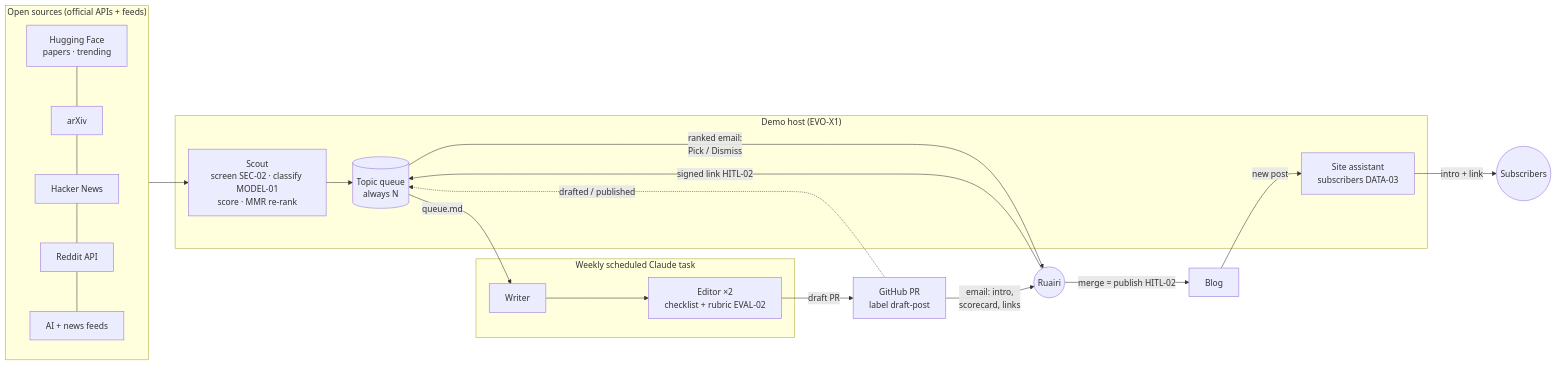
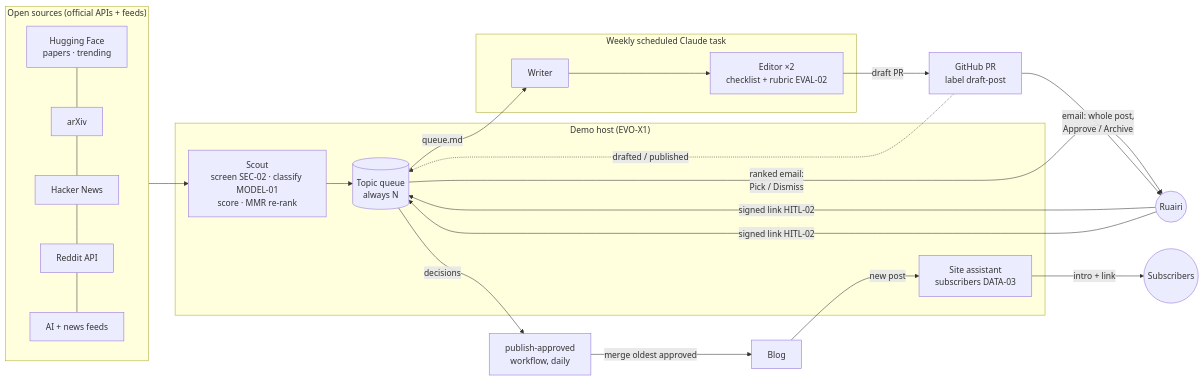
The first of 2 diagrams in projects/editorial-agents/docs/architecture.md (ruairipowers-commits/ai-portfolio), drawn with Mermaid before and after one commit. The commit also changed 20 other files, not shown here.

````diff
--- a/projects/editorial-agents/docs/architecture.md
+++ b/projects/editorial-agents/docs/architecture.md
@@ -4,23 +4,25 @@
 ```mermaid
 flowchart LR
   subgraph sources["Open sources (official APIs + feeds)"]
     HF["Hugging Face<br/>papers · trending"] --- AX["arXiv"] --- HN["Hacker News"] --- RD["Reddit API"] --- RSS["AI + news feeds"]
   end
   subgraph host["Demo host (EVO-X1)"]
     SC["Scout<br/>screen SEC-02 · classify MODEL-01<br/>score · MMR re-rank"]
     Q[("Topic queue<br/>always N")]
     SA["Site assistant<br/>subscribers DATA-03"]
   end
   subgraph claude["Weekly scheduled Claude task"]
     W["Writer"] --> E1["Editor ×2<br/>checklist + rubric EVAL-02"]
   end
   sources --> SC --> Q
   Q -- "ranked email:<br/>Pick / Dismiss" --> O(("Ruairi"))
   O -- "signed link HITL-02" --> Q
   Q -- "queue.md" --> W
   E1 -- "draft PR" --> GH["GitHub PR<br/>label draft-post"]
-  GH -- "email: intro,<br/>scorecard, links" --> O
-  O -- "merge = publish HITL-02" --> SITE["Blog"]
+  GH -- "email: whole post,<br/>Approve / Archive" --> O
+  O -- "signed link HITL-02" --> Q
+  Q -- "decisions" --> PUB["publish-approved<br/>workflow, daily"]
+  PUB -- "merge oldest approved" --> SITE["Blog"]
   SITE -- "new post" --> SA -- "intro + link" --> SUB(("Subscribers"))
   GH -. "drafted / published" .-> Q
 ```
````
